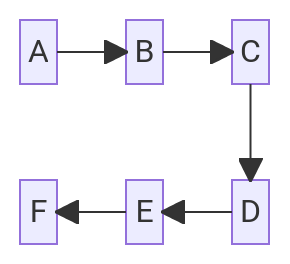
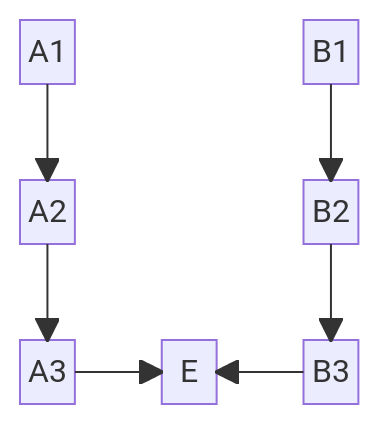
Before and after one commit to c0p4c4b4n4/grpc-grpc-java: the diagram in _raw/example1/images/3.mmd, drawn with Mermaid. The commit also changed 2 other files, not shown here.

```diff
--- a/_raw/example1/images/3.mmd
+++ b/_raw/example1/images/3.mmd
@@ -1,11 +1,16 @@
 block-beta
     columns 5
-    A space B space C
+    A1 space space space B1
     space space space space space
-    F space E space D
+    A2 space space space B2
+    space space space space space
+    A3 space E space B3
 
-    A --> B
-    B --> C
-    C --> D
-    D --> E
-    E --> F
+    A1 --> A2
+    A2 --> A3
+
+    B1 --> B2
+    B2 --> B3
+
+    A3 --> E
+    B3 --> E
```
